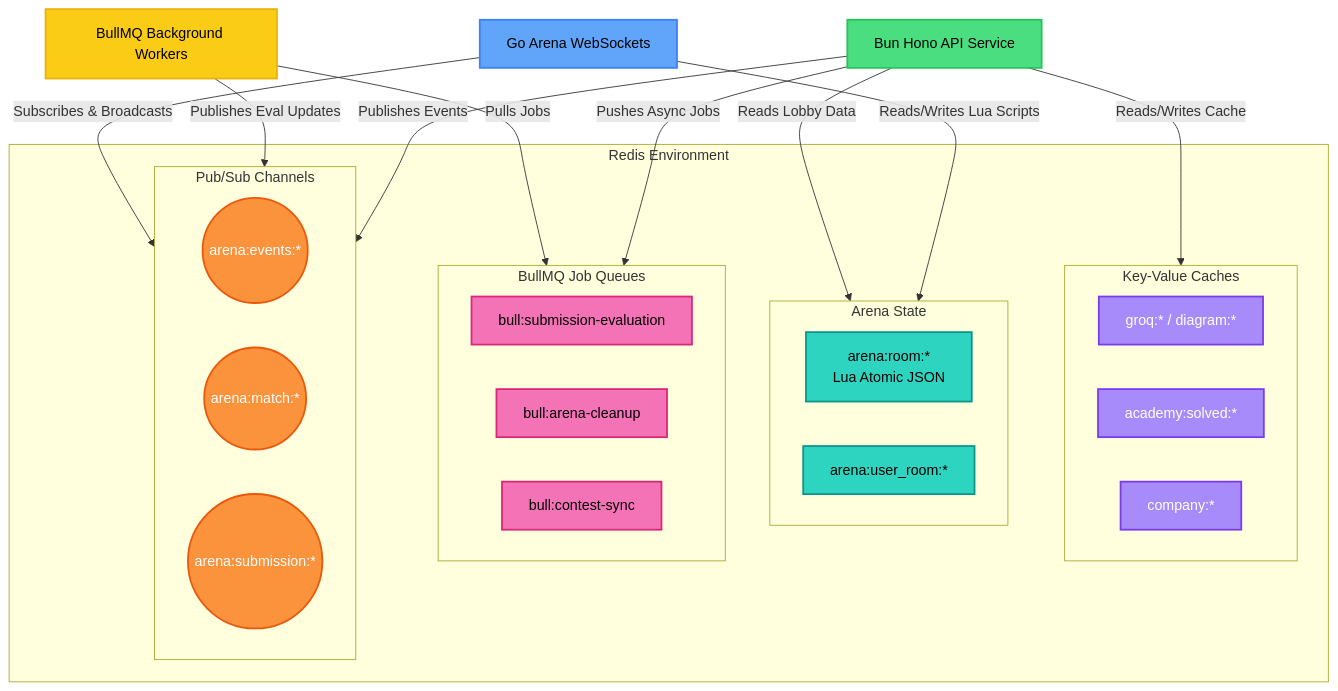
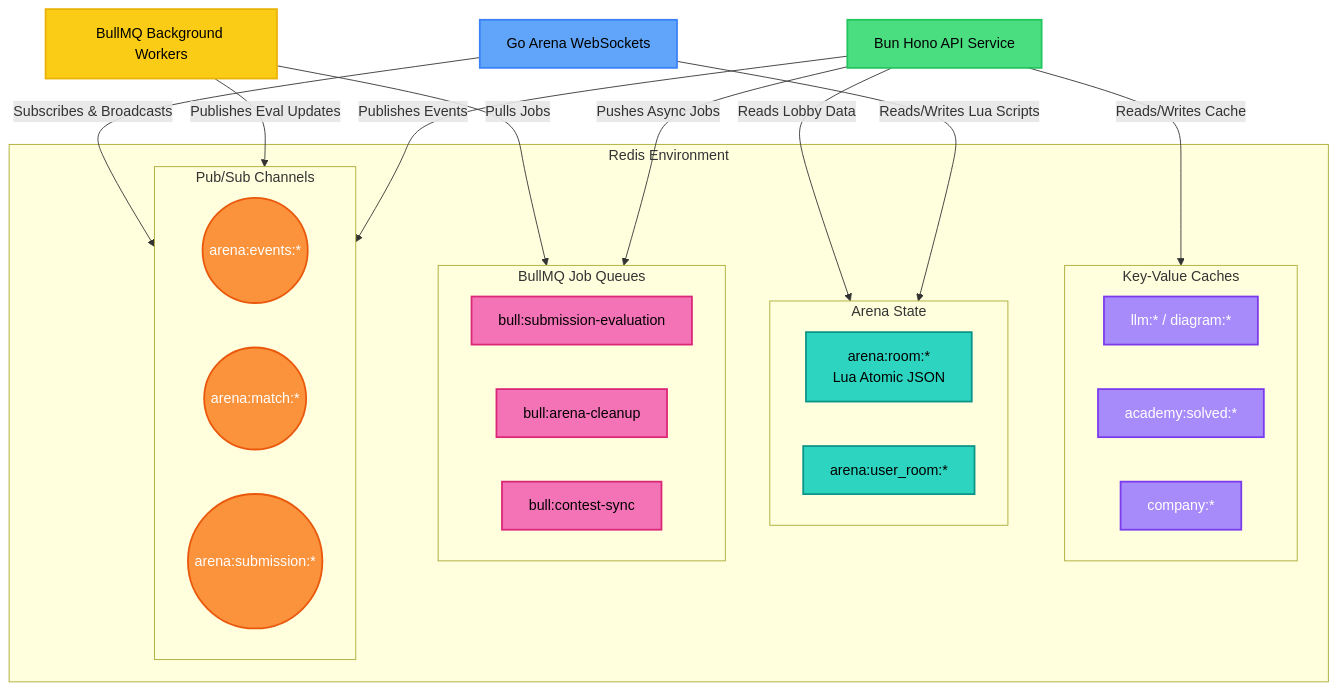
Before and after one commit to phero20/coding_arena: the diagram in redis_architecture.md, drawn with Mermaid. The commit also changed other lines of this file and 45 other files, not shown here.

````diff
--- a/redis_architecture.md
+++ b/redis_architecture.md
@@ -46,56 +46,56 @@
 ```mermaid
 graph TD
     %% Styling
     classDef api fill:#4ade80,stroke:#22c55e,stroke-width:2px,color:#000
     classDef arena fill:#60a5fa,stroke:#3b82f6,stroke-width:2px,color:#000
     classDef worker fill:#facc15,stroke:#eab308,stroke-width:2px,color:#000
     classDef queue fill:#f472b6,stroke:#db2777,stroke-width:2px,color:#000
     classDef cache fill:#a78bfa,stroke:#7c3aed,stroke-width:2px,color:#fff
     classDef pubsub fill:#fb923c,stroke:#ea580c,stroke-width:2px,color:#fff
     classDef state fill:#2dd4bf,stroke:#0d9488,stroke-width:2px,color:#000
 
     %% Nodes
     API[Bun Hono API Service]:::api
     Arena[Go Arena WebSockets]:::arena
     Worker[BullMQ Background Workers]:::worker
     
     %% Redis Cluster Container
     subgraph RedisCluster [Redis Environment]
         
         subgraph Caching [Key-Value Caches]
-            CacheLLM[groq:* / diagram:*]:::cache
+            CacheLLM[llm:* / diagram:*]:::cache
             CacheAc[academy:solved:*]:::cache
             CacheCo[company:*]:::cache
         end
 
         subgraph State [Arena State]
             RoomState[arena:room:*<br/>Lua Atomic JSON]:::state
             UserRoom[arena:user_room:*]:::state
         end
 
         subgraph Queues [BullMQ Job Queues]
             QSub[bull:submission-evaluation]:::queue
             QClean[bull:arena-cleanup]:::queue
             QSync[bull:contest-sync]:::queue
         end
         
         subgraph PubSub [Pub/Sub Channels]
             PSEvents((arena:events:*)):::pubsub
             PSMatch((arena:match:*)):::pubsub
             PSSubmit((arena:submission:*)):::pubsub
         end
     end
 
     %% Connections
     API -->|Reads/Writes Cache| Caching
     API -->|Pushes Async Jobs| Queues
     API -->|Publishes Events| PubSub
     
     Worker -->|Pulls Jobs| Queues
     Worker -->|Publishes Eval Updates| PubSub
     
     Arena -->|Subscribes & Broadcasts| PubSub
     Arena -->|Reads/Writes Lua Scripts| State
     
     API -->|Reads Lobby Data| State
 ```
````
